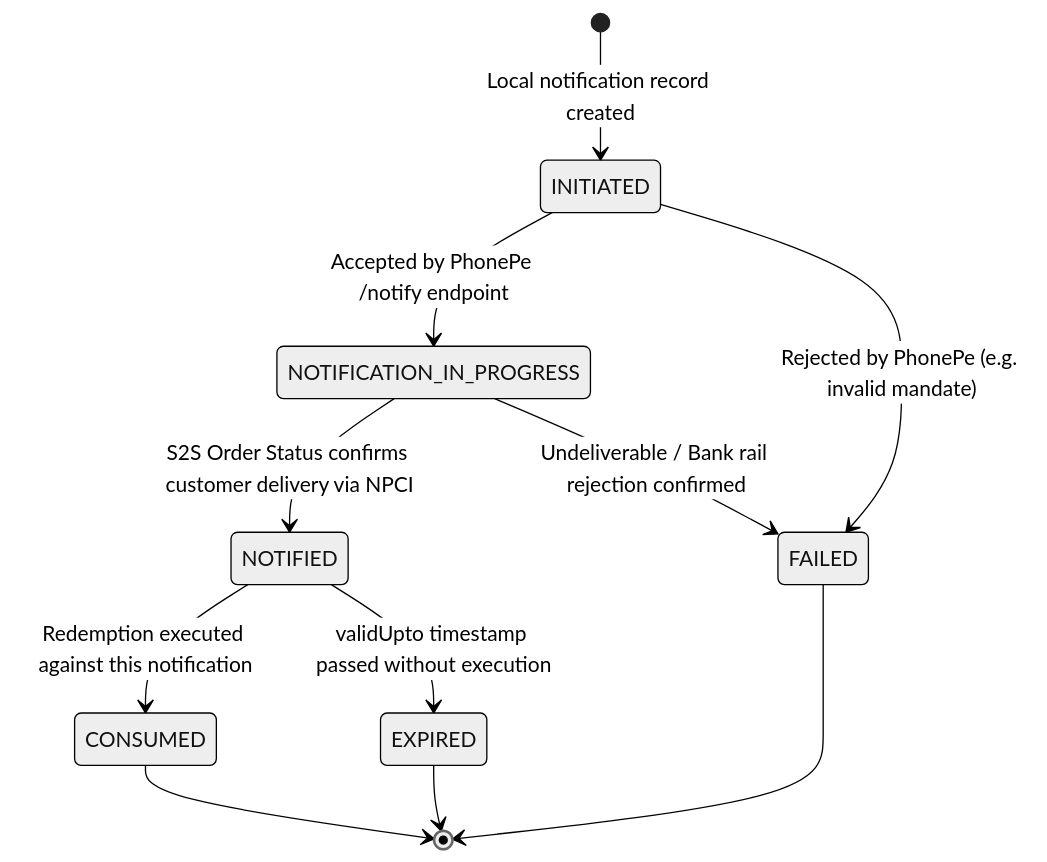
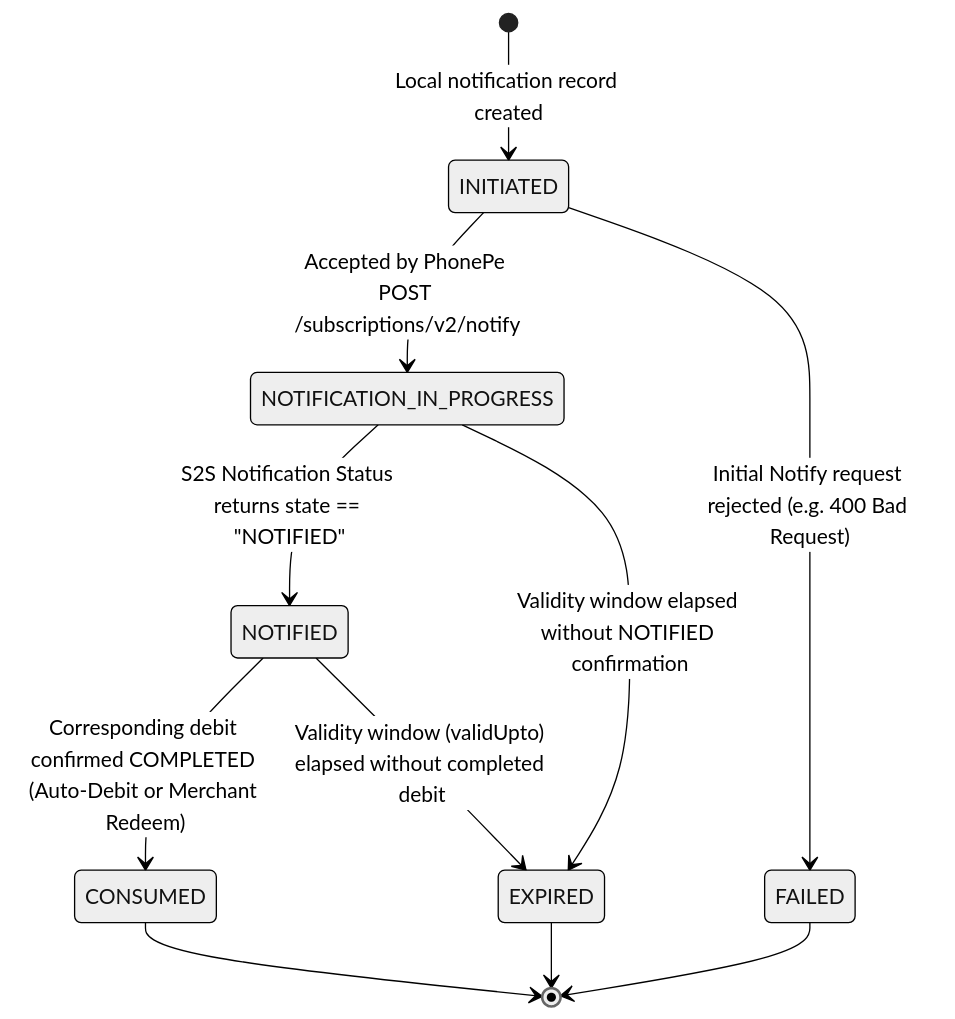
The fourth of 8 diagrams in docs/PHONEPE_AUTOPAY_V2_PHASE_3_ARCHITECTURE.md (Glass-Entials/CRM-Glass-Entials), drawn with Mermaid (neutral theme) before and after one commit. The commit also changed other lines of this file, not shown here.

Commit message:
docs(billing): refine PhonePe AutoPay V2 lifecycle architecture

````diff
--- a/docs/PHONEPE_AUTOPAY_V2_PHASE_3_ARCHITECTURE.md
+++ b/docs/PHONEPE_AUTOPAY_V2_PHASE_3_ARCHITECTURE.md
@@ -401,16 +412,16 @@
 ```mermaid
 stateDiagram-v2
     [*] --> INITIATED : Local notification record created
-    INITIATED --> NOTIFICATION_IN_PROGRESS : Accepted by PhonePe /notify endpoint
-    INITIATED --> FAILED : Rejected by PhonePe (e.g. invalid mandate)
+    INITIATED --> NOTIFICATION_IN_PROGRESS : Accepted by PhonePe POST /subscriptions/v2/notify
+    INITIATED --> FAILED : Initial Notify request rejected (e.g. 400 Bad Request)
     
-    NOTIFICATION_IN_PROGRESS --> NOTIFIED : S2S Order Status confirms customer delivery via NPCI
-    NOTIFICATION_IN_PROGRESS --> FAILED : Undeliverable / Bank rail rejection confirmed
+    NOTIFICATION_IN_PROGRESS --> NOTIFIED : S2S Notification Status returns state == "NOTIFIED"
+    NOTIFICATION_IN_PROGRESS --> EXPIRED : Validity window elapsed without NOTIFIED confirmation
     
-    NOTIFIED --> CONSUMED : Redemption executed against this notification
-    NOTIFIED --> EXPIRED : validUpto timestamp passed without execution
+    NOTIFIED --> CONSUMED : Corresponding debit confirmed COMPLETED (Auto-Debit or Merchant Redeem)
+    NOTIFIED --> EXPIRED : Validity window (validUpto) elapsed without completed debit
     
     CONSUMED --> [*]
     FAILED --> [*]
     EXPIRED --> [*]
 ```
````
